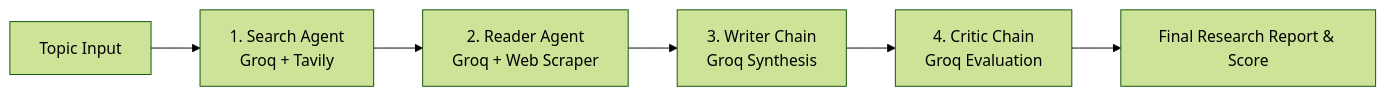
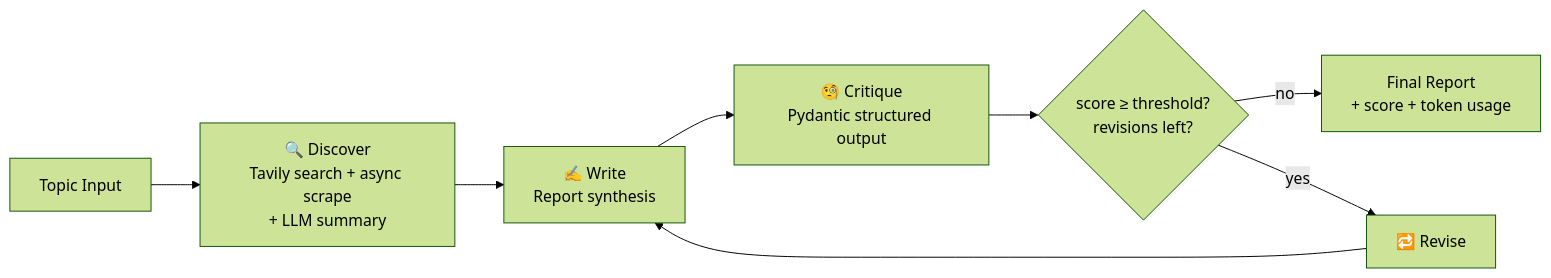
One commit to prathamj560-del/multi_agent_research changed the diagram in README.md. Above: the diagram before and after it, drawn with Mermaid (forest theme). The commit also changed other lines of this file and 27 other files, not shown here.

````diff
--- a/README.md
+++ b/README.md
@@ -15,8 +22,9 @@
 ```mermaid
 flowchart LR
-    A[Topic Input] --> B[1. Search Agent\nGroq + Tavily]
-    B --> C[2. Reader Agent\nGroq + Web Scraper]
-    C --> D[3. Writer Chain\nGroq Synthesis]
-    D --> E[4. Critic Chain\nGroq Evaluation]
-    E --> F[Final Research Report & Score]
+    A[Topic Input] --> B["🔍 Discover<br/>Tavily search + async scrape<br/>+ LLM summary"]
+    B --> C["✍️ Write<br/>Report synthesis"]
+    C --> D["🧐 Critique<br/>Pydantic structured output"]
+    D --> E{"score ≥ threshold?<br/>revisions left?"}
+    E -- "no" --> F[Final Report<br/>+ score + token usage]
+    E -- "yes" --> G[🔁 Revise] --> C
 ```
````
